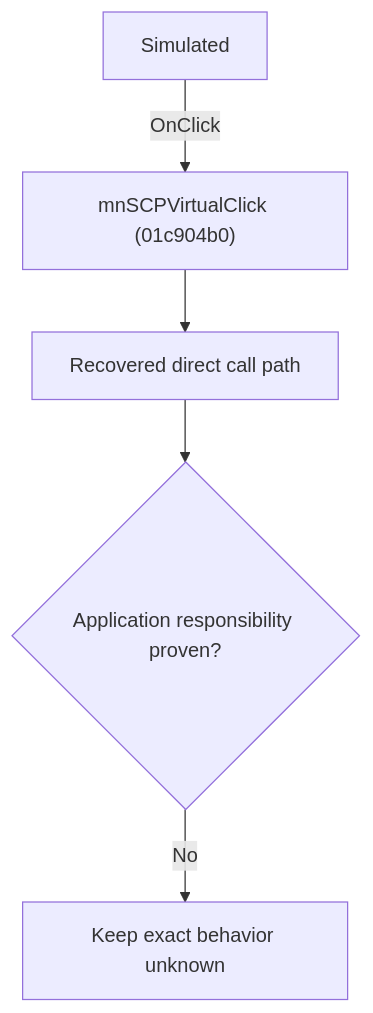
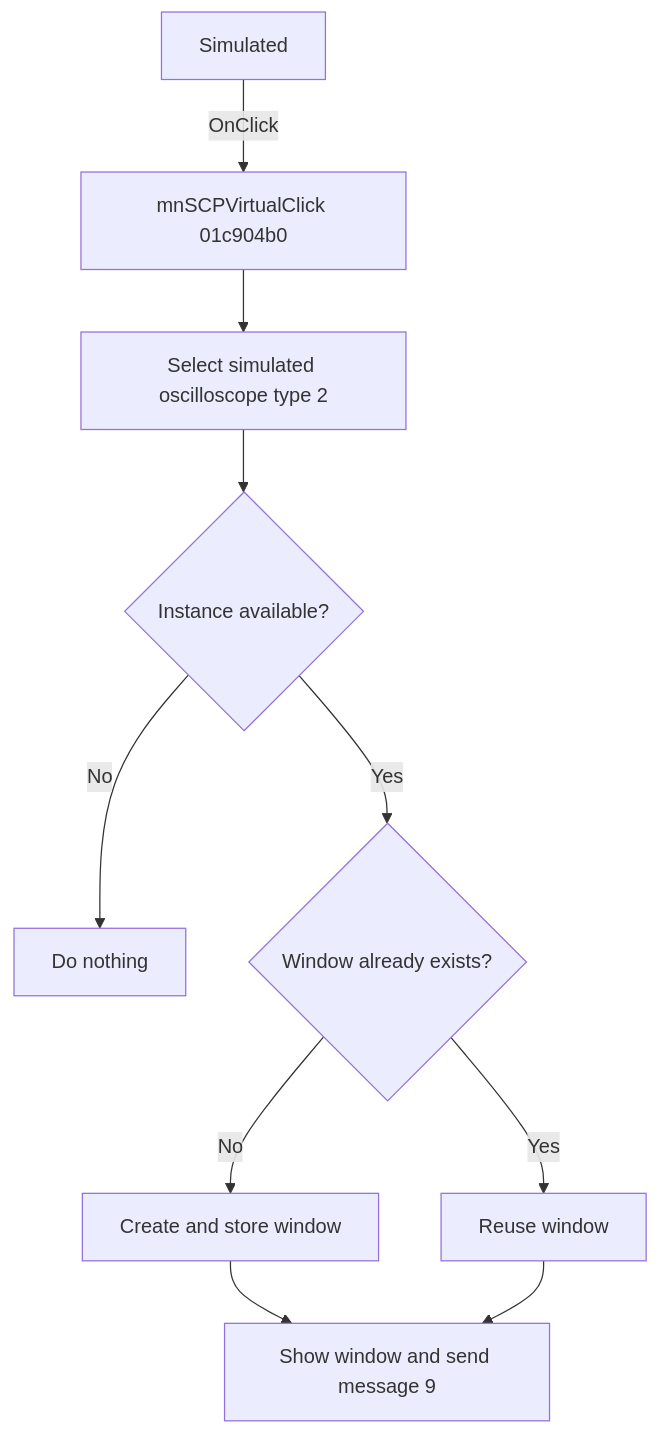
The diagram in docs/ui-controls/schematiceditor/mnscpvirtual-bc50eb2664.md (MovGP0/TIARA), drawn with Mermaid before and after one commit. The commit also changed other lines of this file and 241 other files, not shown here.

````diff
--- a/docs/ui-controls/schematiceditor/mnscpvirtual-bc50eb2664.md
+++ b/docs/ui-controls/schematiceditor/mnscpvirtual-bc50eb2664.md
@@ -27,7 +24,12 @@
 ```mermaid
 flowchart TD
-    control["Simulated"] -->|"OnClick"| handler["mnSCPVirtualClick (01c904b0)"]
-    handler --> recovered["Recovered direct call path"]
-    recovered --> gap{"Application responsibility proven?"}
-    gap -->|"No"| blocked["Keep exact behavior unknown"]
+    control["Simulated"] -->|"OnClick"| handler["mnSCPVirtualClick 01c904b0"]
+    handler --> coordinator["Select simulated oscilloscope type 2"]
+    coordinator --> available{"Instance available?"}
+    available -->|"No"| noOp["Do nothing"]
+    available -->|"Yes"| slot{"Window already exists?"}
+    slot -->|"No"| create["Create and store window"]
+    slot -->|"Yes"| reuse["Reuse window"]
+    create --> show["Show window and send message 9"]
+    reuse --> show
 ```
````
